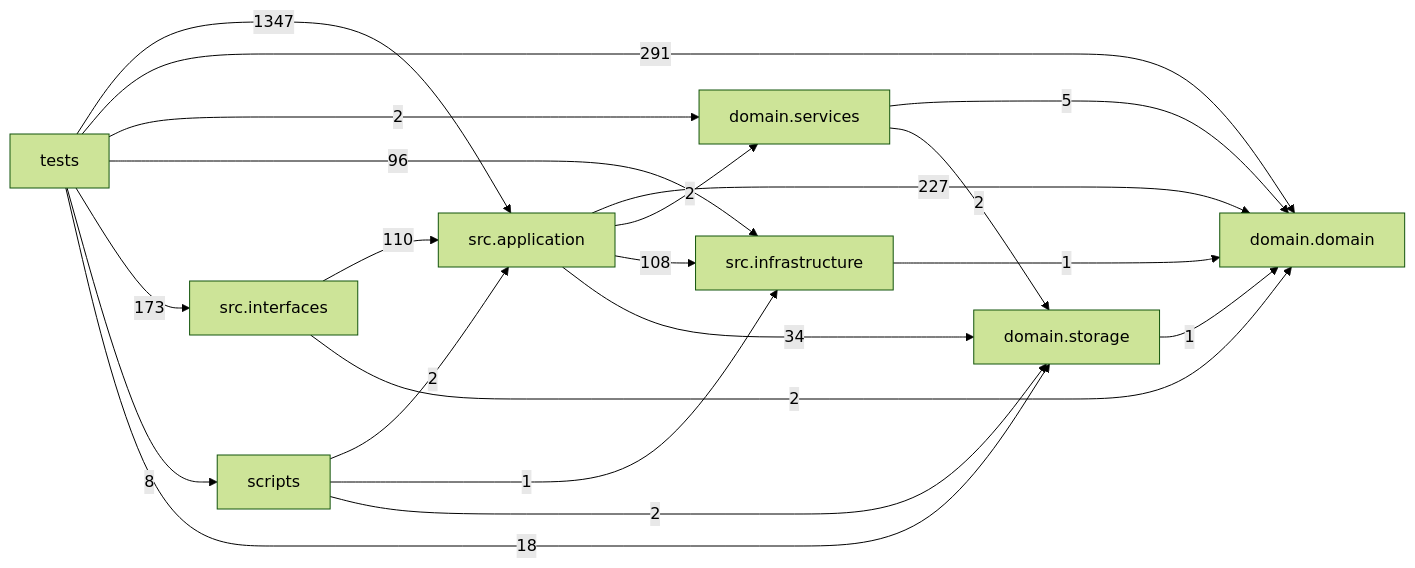
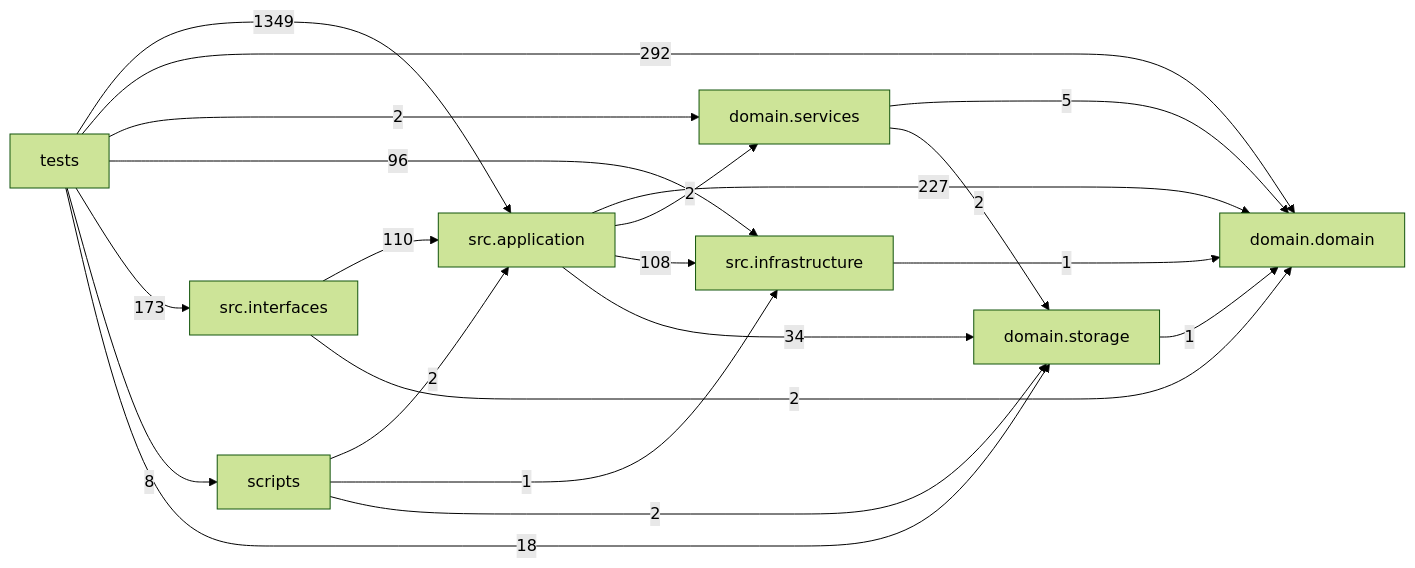
Before and after one commit to liuxie066/options-monitor: the diagram in docs/DEPENDENCY_GRAPH.md, drawn with Mermaid (forest theme). The commit also changed other lines of this file and 2 other files, not shown here.

````diff
--- a/docs/DEPENDENCY_GRAPH.md
+++ b/docs/DEPENDENCY_GRAPH.md
@@ -24,31 +24,31 @@
 ```mermaid
 flowchart LR
   tests["tests"]
   scripts["scripts"]
   interfaces["src.interfaces"]
   application["src.application"]
   infrastructure["src.infrastructure"]
   domain_services["domain.services"]
   domain["domain.domain"]
   storage["domain.storage"]
   application -->|227| domain
   application -->|2| domain_services
   application -->|108| infrastructure
   application -->|34| storage
   domain_services -->|5| domain
   domain_services -->|2| storage
   infrastructure -->|1| domain
   interfaces -->|110| application
   interfaces -->|2| domain
   scripts -->|2| application
   scripts -->|1| infrastructure
   scripts -->|2| storage
   storage -->|1| domain
-  tests -->|1347| application
-  tests -->|291| domain
+  tests -->|1349| application
+  tests -->|292| domain
   tests -->|2| domain_services
   tests -->|96| infrastructure
   tests -->|173| interfaces
   tests -->|8| scripts
   tests -->|18| storage
 ```
````
